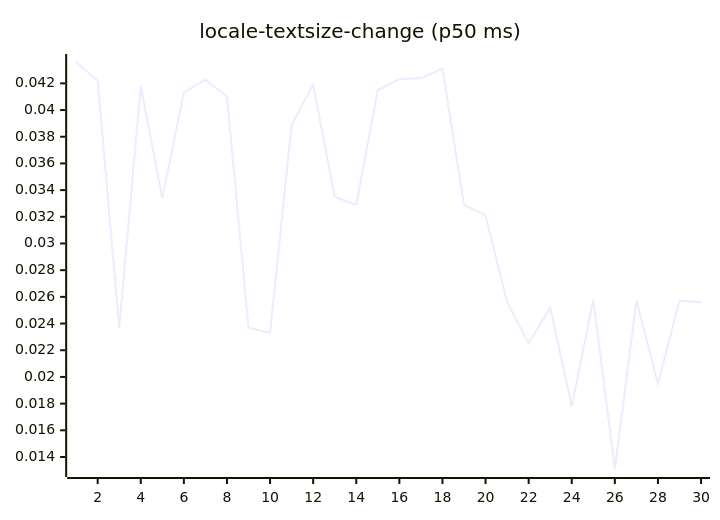
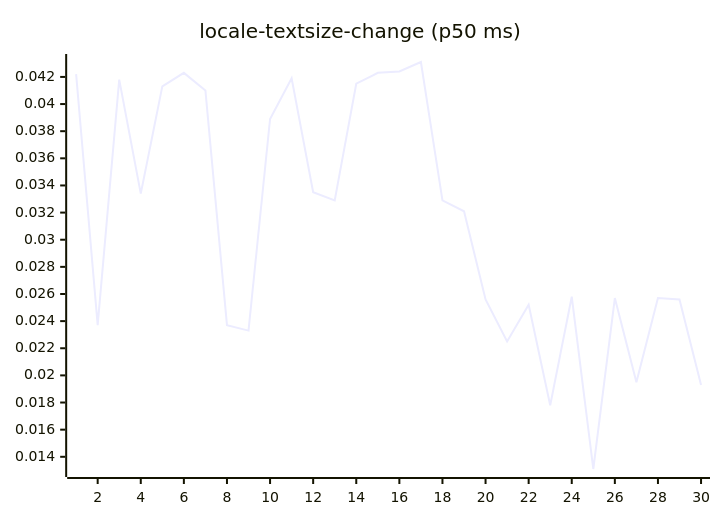
Diagram 13 of 27 in README.md (josha/Facet), drawn with Mermaid before and after one commit. The commit also changed other lines of this file and 2 other files, not shown here.

````diff
--- a/README.md
+++ b/README.md
@@ -147,6 +147,6 @@
 ```mermaid
 xychart-beta
     title "locale-textsize-change (p50 ms)"
     x-axis 1 --> 30
-    line [0.0436, 0.0422, 0.0237, 0.0418, 0.0334, 0.0413, 0.0423, 0.0410, 0.0237, 0.0233, 0.0389, 0.0419, 0.0335, 0.0329, 0.0415, 0.0423, 0.0424, 0.0431, 0.0329, 0.0321, 0.0256, 0.0225, 0.0252, 0.0178, 0.0258, 0.0131, 0.0257, 0.0195, 0.0257, 0.0256]
+    line [0.0422, 0.0237, 0.0418, 0.0334, 0.0413, 0.0423, 0.0410, 0.0237, 0.0233, 0.0389, 0.0419, 0.0335, 0.0329, 0.0415, 0.0423, 0.0424, 0.0431, 0.0329, 0.0321, 0.0256, 0.0225, 0.0252, 0.0178, 0.0258, 0.0131, 0.0257, 0.0195, 0.0257, 0.0256, 0.0193]
 ```
````
